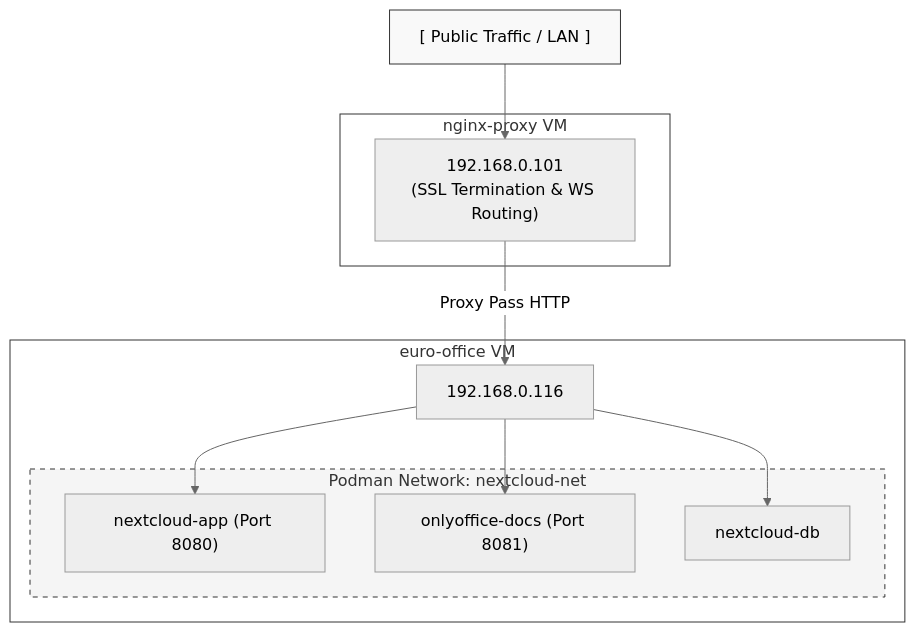
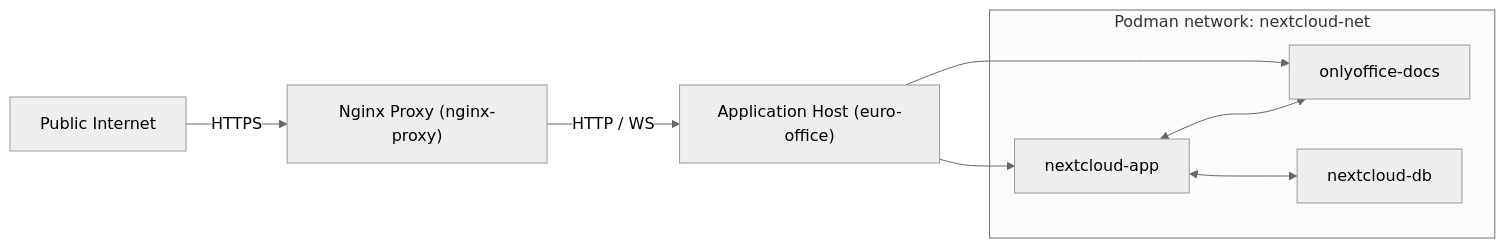
Before and after one commit to mckeepa/linux-how-to: the second of 2 diagrams in K8_resources/setup-2026/nextcloud_onlyoffice/netxtcloud-openoffice-2026-Aug-307.md, drawn with Mermaid (neutral theme). The commit also changed other lines of this file and 5 other files, not shown here.

````diff
--- a/K8_resources/setup-2026/nextcloud_onlyoffice/netxtcloud-openoffice-2026-Aug-307.md
+++ b/K8_resources/setup-2026/nextcloud_onlyoffice/netxtcloud-openoffice-2026-Aug-307.md
@@ -38,33 +67,17 @@
 ```mermaid
-graph TD
-    %% Node Definitions
-    Public["[ Public Traffic / LAN ]"]
-    
-    subgraph NginxProxy["nginx-proxy VM"]
-        NP_Details["192.168.0.101<br>(SSL Termination & WS Routing)"]
+flowchart LR
+    Internet["Public Internet"]
+    Nginx["Nginx Proxy (nginx-proxy)"]
+    Host["Application Host (euro-office)"]
+    subgraph Podman["Podman network: nextcloud-net"]
+        App["nextcloud-app"]
+        Docs["onlyoffice-docs"]
+        DB["nextcloud-db"]
     end
-    
-    subgraph EuroOffice["euro-office VM"]
-        EO_Details["192.168.0.116"]
-        
-        subgraph PodmanNet["Podman Network: nextcloud-net"]
-            NC_App["nextcloud-app (Port 8080)"]
-            OO_Docs["onlyoffice-docs (Port 8081)"]
-            NC_DB["nextcloud-db"]
-        end
-    end
-
-    %% Flow Connections
-    Public --> NP_Details
-    NP_Details -->|Proxy Pass HTTP| EO_Details
-    EO_Details --> NC_App
-    EO_Details --> OO_Docs
-    EO_Details --> NC_DB
-
-    %% Styling
-    style Public fill:#f9f9f9,stroke:#333,stroke-width:1px
-    style NginxProxy fill:#fff,stroke:#333,stroke-width:1px
-    style EuroOffice fill:#fff,stroke:#333,stroke-width:1px
-    style PodmanNet fill:#f5f5f5,stroke:#333,stroke-width:1px,stroke-dasharray: 5 5
-
+    Internet -->|HTTPS| Nginx
+    Nginx -->|HTTP / WS| Host
+    Host --> App
+    Host --> Docs
+    App <---> DB
+    App <---> Docs
 ```
````
